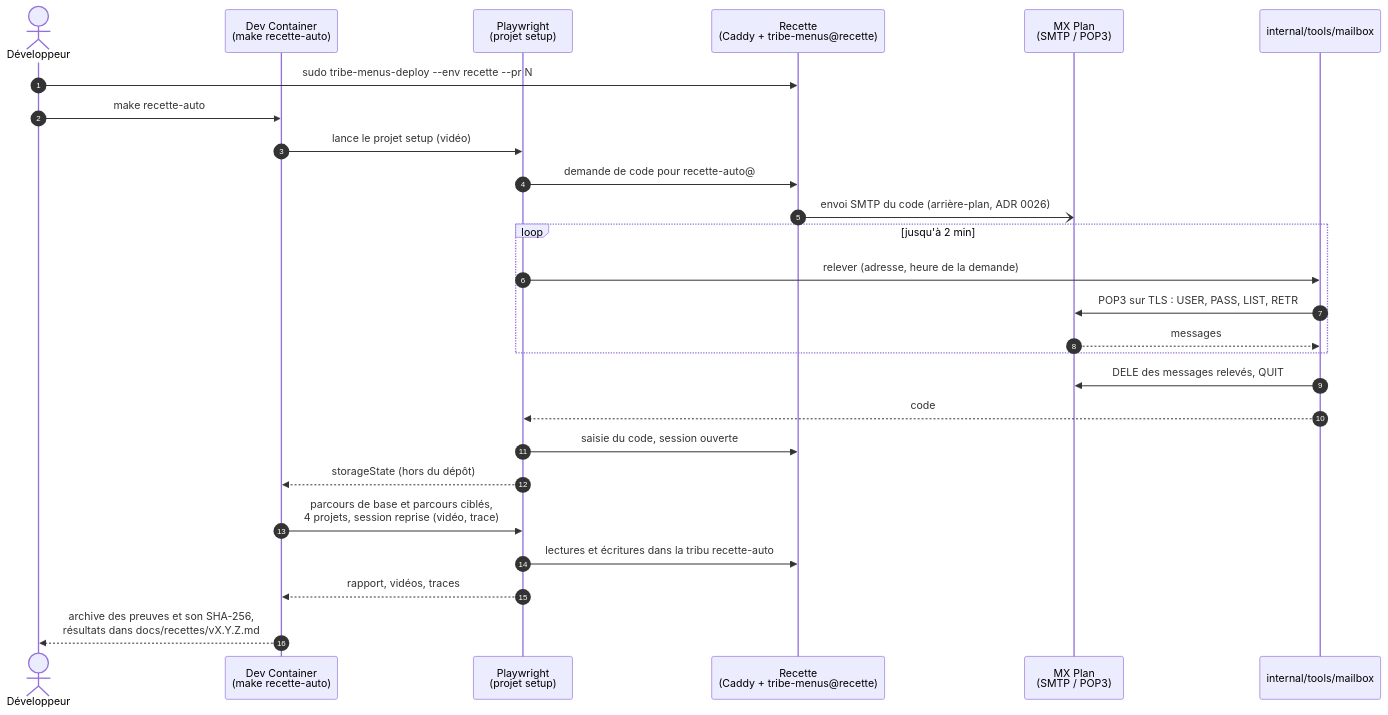
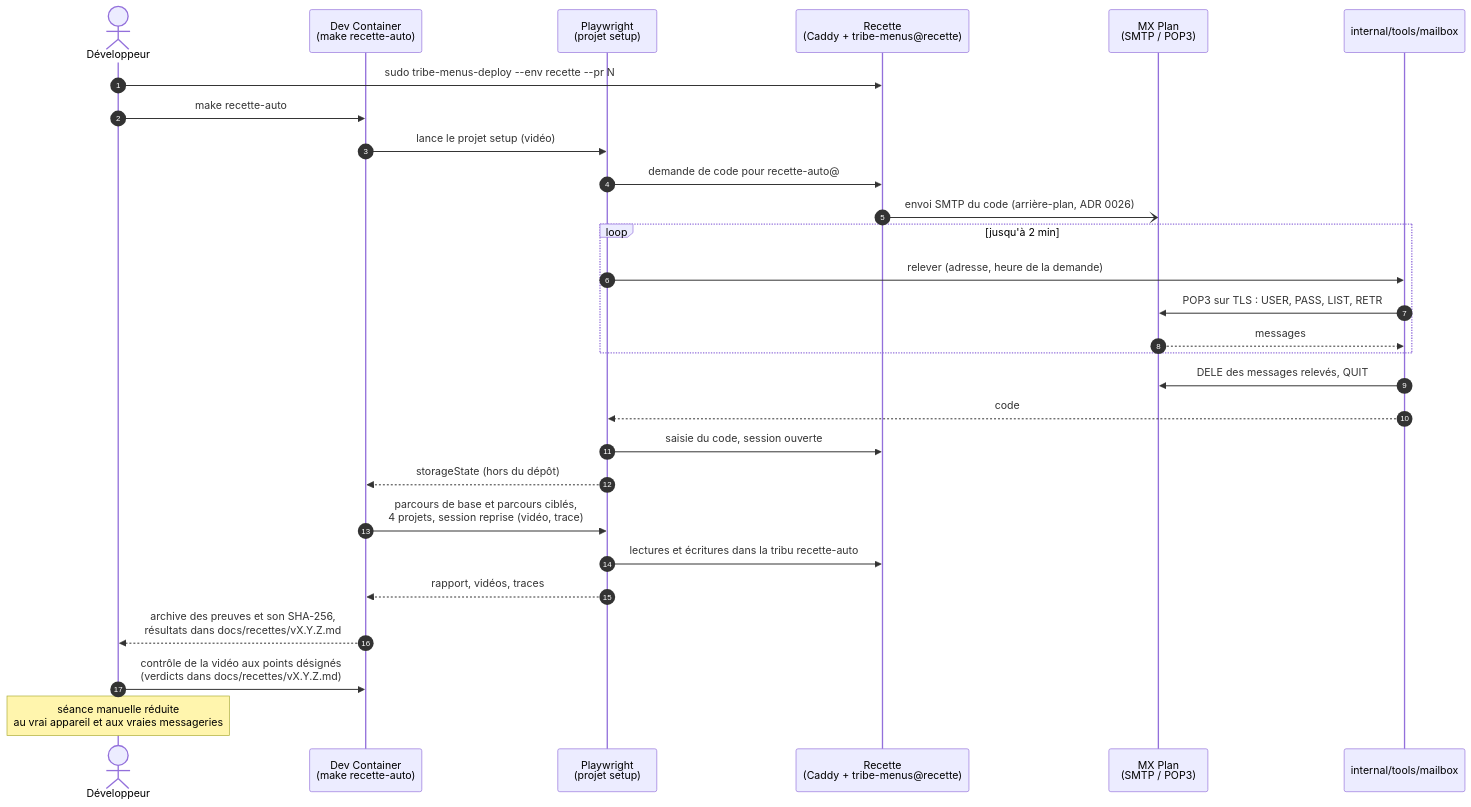
One commit to nelt/tribe-menus changed the diagram in docs/adr/0032-recette-en-partie-automatisee.md. Above: the diagram before and after it, drawn with Mermaid. The commit also changed other lines of this file and 3 other files, not shown here.

First line of the commit message:
recette-auto : contrôle de la vidéo comme voie de preuve

````diff
--- a/docs/adr/0032-recette-en-partie-automatisee.md
+++ b/docs/adr/0032-recette-en-partie-automatisee.md
@@ -44,29 +48,31 @@
 ```mermaid
 sequenceDiagram
     autonumber
     actor Dev as Développeur
     participant DC as Dev Container<br/>(make recette-auto)
     participant PW as Playwright<br/>(projet setup)
     participant R as Recette<br/>(Caddy + tribe-menus@recette)
     participant MX as MX Plan<br/>(SMTP / POP3)
     participant MB as internal/tools/mailbox
 
     Dev->>R: sudo tribe-menus-deploy --env recette --pr N
     Dev->>DC: make recette-auto
     DC->>PW: lance le projet setup (vidéo)
     PW->>R: demande de code pour recette-auto@
     R-)MX: envoi SMTP du code (arrière-plan, ADR 0026)
     loop jusqu'à 2 min
         PW->>MB: relever (adresse, heure de la demande)
         MB->>MX: POP3 sur TLS : USER, PASS, LIST, RETR
         MX-->>MB: messages
     end
     MB->>MX: DELE des messages relevés, QUIT
     MB-->>PW: code
     PW->>R: saisie du code, session ouverte
     PW-->>DC: storageState (hors du dépôt)
     DC->>PW: parcours de base et parcours ciblés,<br/>4 projets, session reprise (vidéo, trace)
     PW->>R: lectures et écritures dans la tribu recette-auto
     PW-->>DC: rapport, vidéos, traces
     DC-->>Dev: archive des preuves et son SHA-256,<br/>résultats dans docs/recettes/vX.Y.Z.md
+    Dev->>DC: contrôle de la vidéo aux points désignés<br/>(verdicts dans docs/recettes/vX.Y.Z.md)
+    Note over Dev: séance manuelle réduite<br/>au vrai appareil et aux vraies messageries
 ```
````
